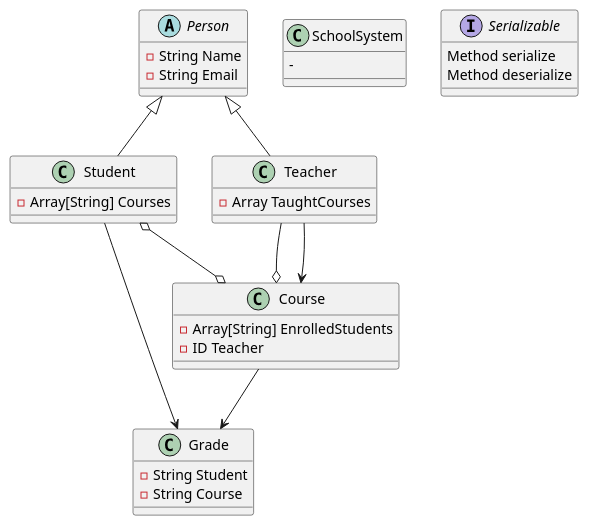
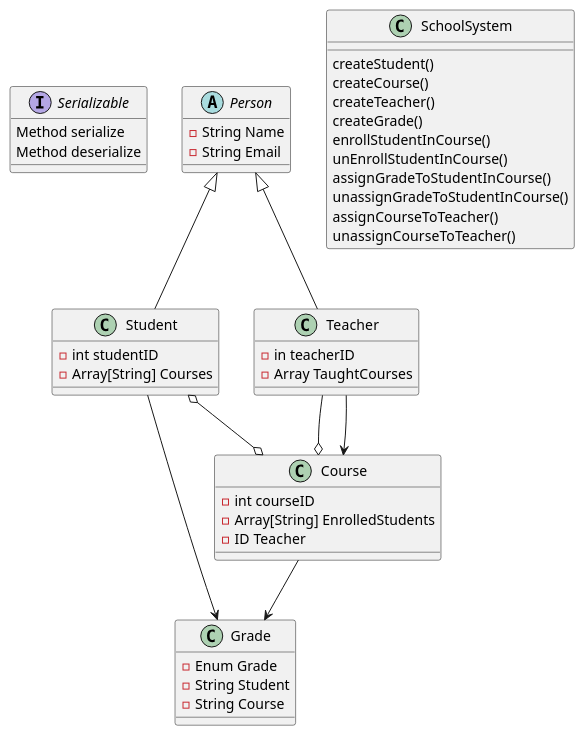
One commit to moss2767/Agile-School-Management changed the diagram in Classes.puml. Above: the diagram before and after it, drawn with PlantUML.

Commit message:
Flesh out UML diagram

```diff
--- a/Classes.puml
+++ b/Classes.puml
@@ -1,39 +1,56 @@
 @startuml
 'https://plantuml.com/class-diagram
+
+interface Serializable {
+Method serialize
+Method deserialize
+}
 
 abstract class Person {
 - String Name
 - String Email
 }
+
 class SchoolSystem {
--
+createStudent()
+createCourse()
+createTeacher()
+createGrade()
+enrollStudentInCourse()
+unEnrollStudentInCourse()
+assignGradeToStudentInCourse()
+unassignGradeToStudentInCourse()
+assignCourseToTeacher()
+unassignCourseToTeacher()
 }
+
 class Student {
+- int studentID
 - Array[String] Courses
 }
+
 class Teacher {
+- in teacherID
 - Array TaughtCourses
 }
 
 class Grade {
+- Enum Grade
 - String Student
 - String Course
 }
 
 class Course {
+- int courseID
 - Array[String] EnrolledStudents
 - ID Teacher
 }
+
 Person <|-- Teacher
 Person <|-- Student
 Teacher --o Course
 Student o--o Course
 Course --> Grade
 Student --> Grade
 Teacher --> Course
-
-interface Serializable {
-Method serialize
-Method deserialize
-}
 @enduml
```
